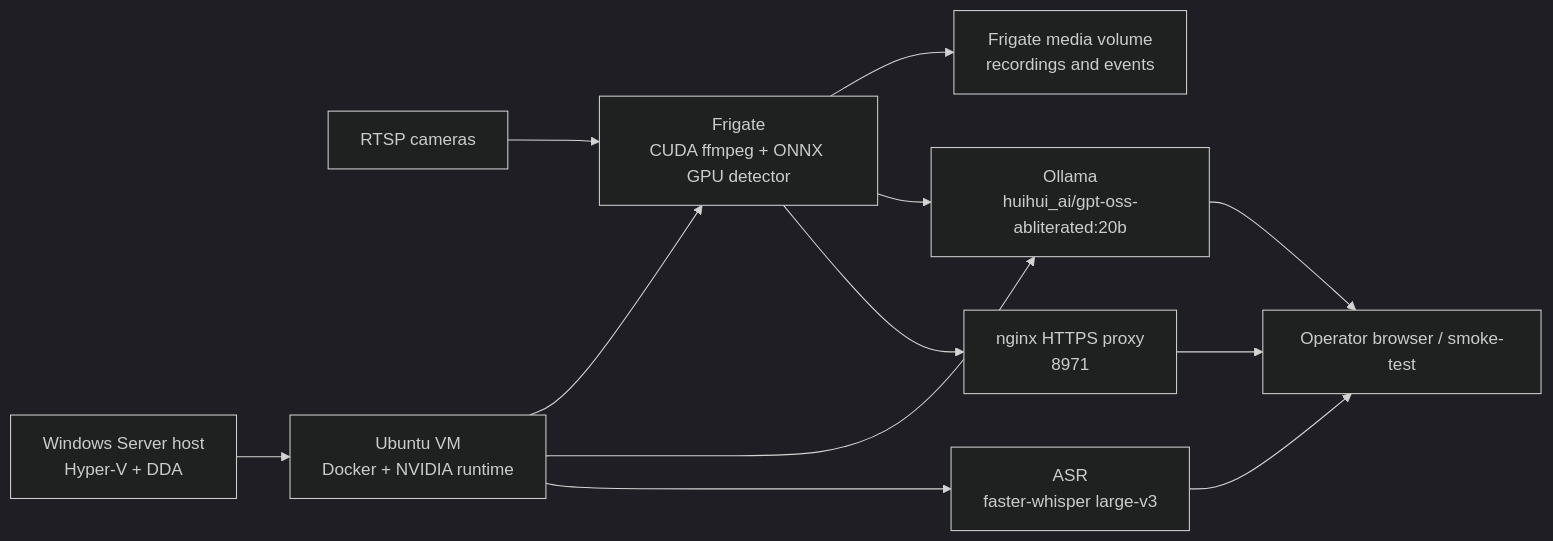
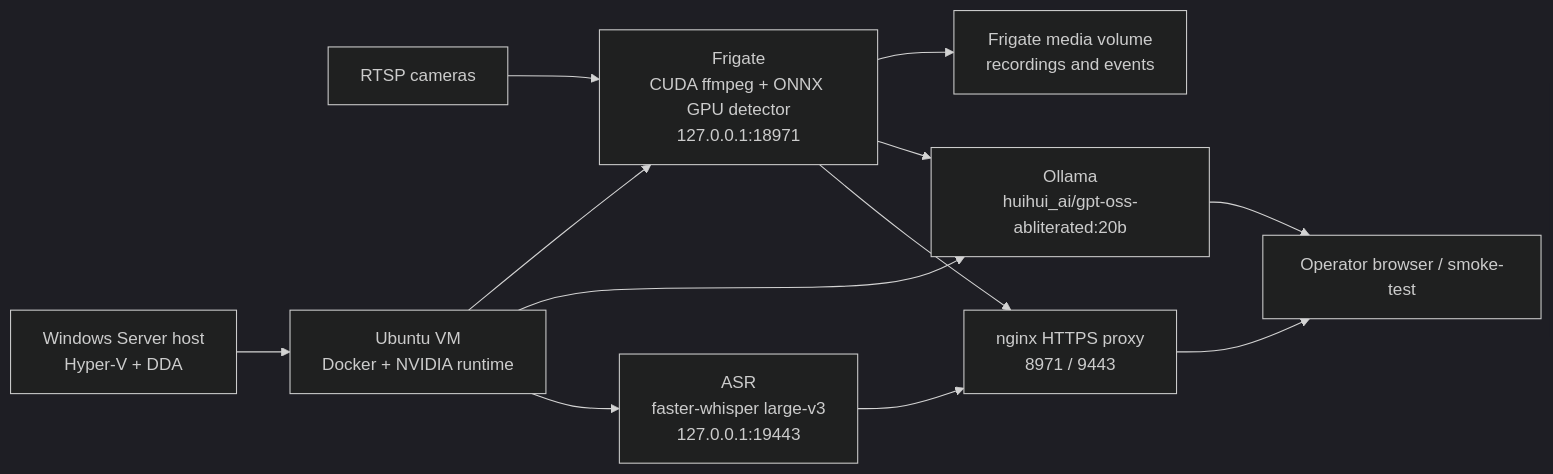
The diagram in docs/architecture.md (krotname/HomeFrigateOllamaIaC), drawn with Mermaid (dark theme) before and after one commit. The commit also changed other lines of this file and 6 other files, not shown here.

````diff
--- a/docs/architecture.md
+++ b/docs/architecture.md
@@ -22,24 +22,24 @@
 ```mermaid
 flowchart LR
     Cameras["RTSP cameras"]
     Host["Windows Server host\nHyper-V + DDA"]
     VM["Ubuntu VM\nDocker + NVIDIA runtime"]
-    Frigate["Frigate\nCUDA ffmpeg + ONNX GPU detector"]
+    Frigate["Frigate\nCUDA ffmpeg + ONNX GPU detector\n127.0.0.1:18971"]
     Media["Frigate media volume\nrecordings and events"]
     Ollama["Ollama\nhuihui_ai/gpt-oss-abliterated:20b"]
-    ASR["ASR\nfaster-whisper large-v3"]
-    Nginx["nginx HTTPS proxy\n8971"]
+    ASR["ASR\nfaster-whisper large-v3\n127.0.0.1:19443"]
+    Nginx["nginx HTTPS proxy\n8971 / 9443"]
     Operator["Operator browser / smoke-test"]
 
     Cameras --> Frigate
     Host --> VM
     VM --> Frigate
     VM --> Ollama
     VM --> ASR
     Frigate --> Media
     Frigate --> Ollama
     Frigate --> Nginx
-    ASR --> Operator
+    ASR --> Nginx
     Ollama --> Operator
     Nginx --> Operator
 ```
````
